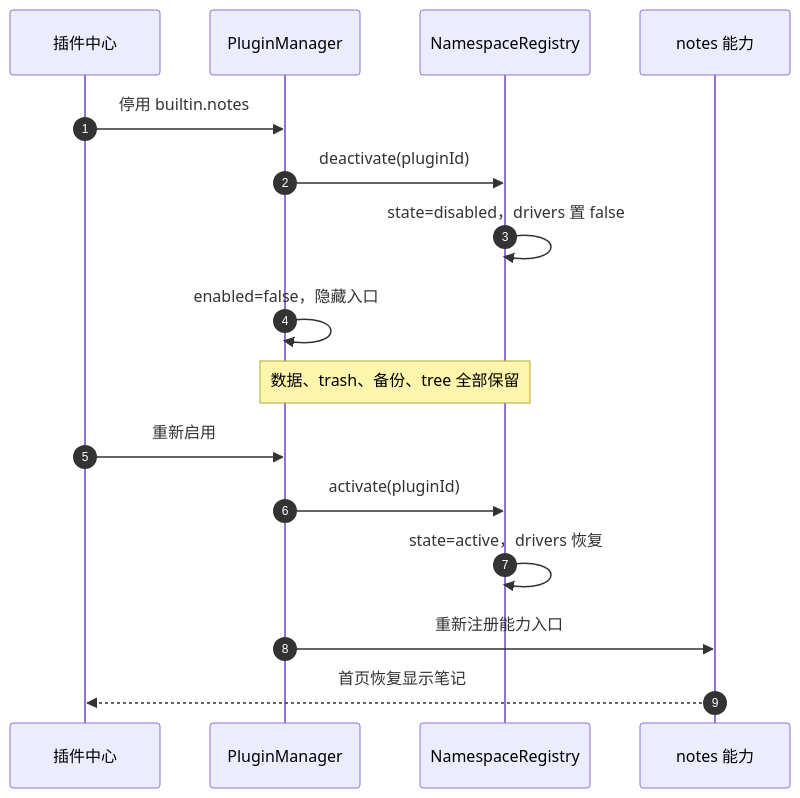
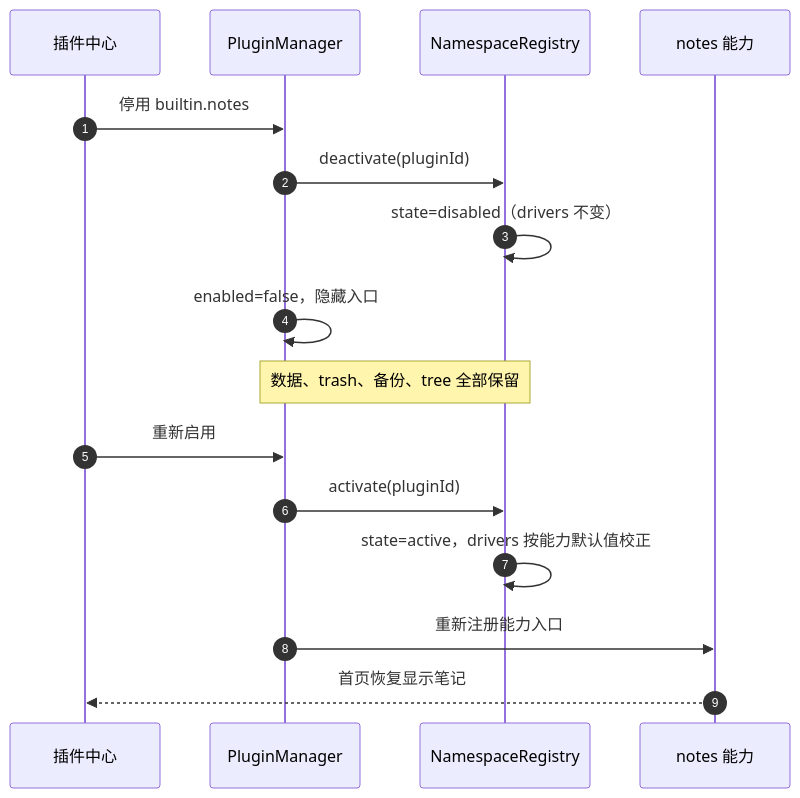
Before and after one commit to JcEvoX/S13F4J: the seventh of 11 diagrams in docs/architecture.md, drawn with Mermaid. The commit also changed other lines of this file and 2 other files, not shown here.

````diff
--- a/docs/architecture.md
+++ b/docs/architecture.md
@@ -793,19 +795,19 @@
 ```mermaid
 sequenceDiagram
     autonumber
     participant UI as 插件中心
     participant PM as PluginManager
     participant NR as NamespaceRegistry
     participant Cap as notes 能力
 
     UI->>PM: 停用 builtin.notes
     PM->>NR: deactivate(pluginId)
-    NR->>NR: state=disabled，drivers 置 false
+    NR->>NR: state=disabled（drivers 不变）
     PM->>PM: enabled=false，隐藏入口
     Note over PM,NR: 数据、trash、备份、tree 全部保留
     UI->>PM: 重新启用
     PM->>NR: activate(pluginId)
-    NR->>NR: state=active，drivers 恢复
+    NR->>NR: state=active，drivers 按能力默认值校正
     PM->>Cap: 重新注册能力入口
     Cap-->>UI: 首页恢复显示笔记
 ```
````
